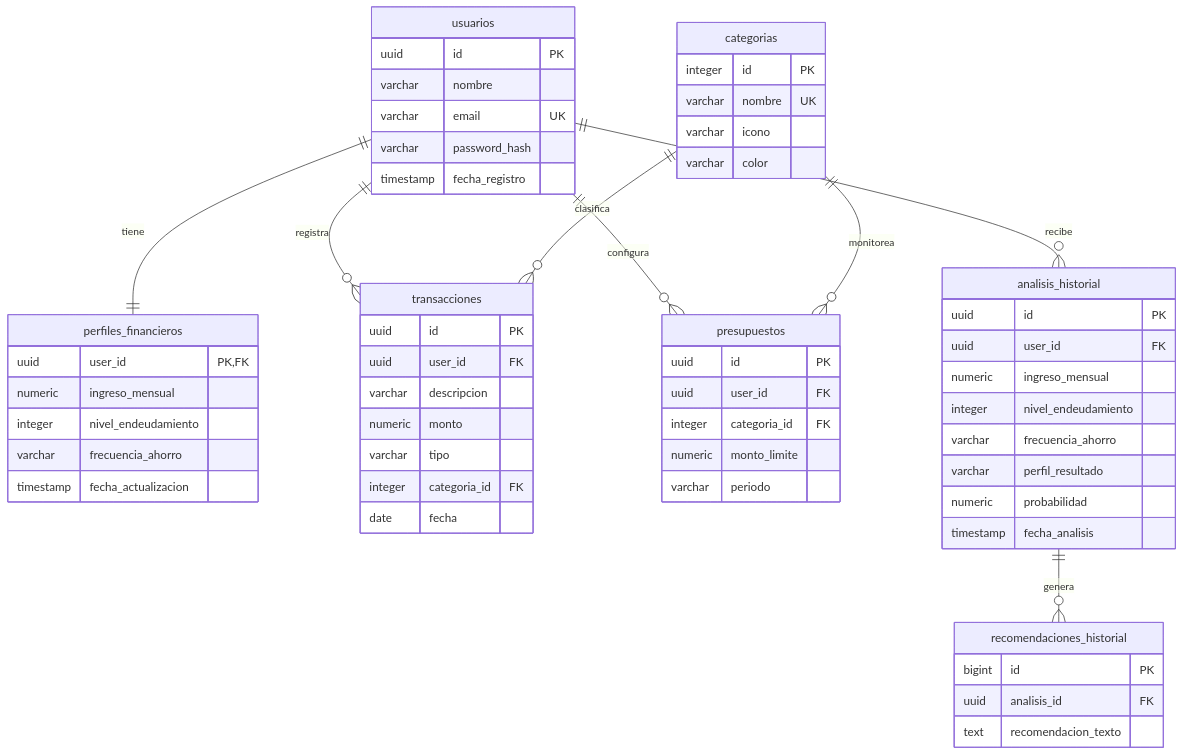
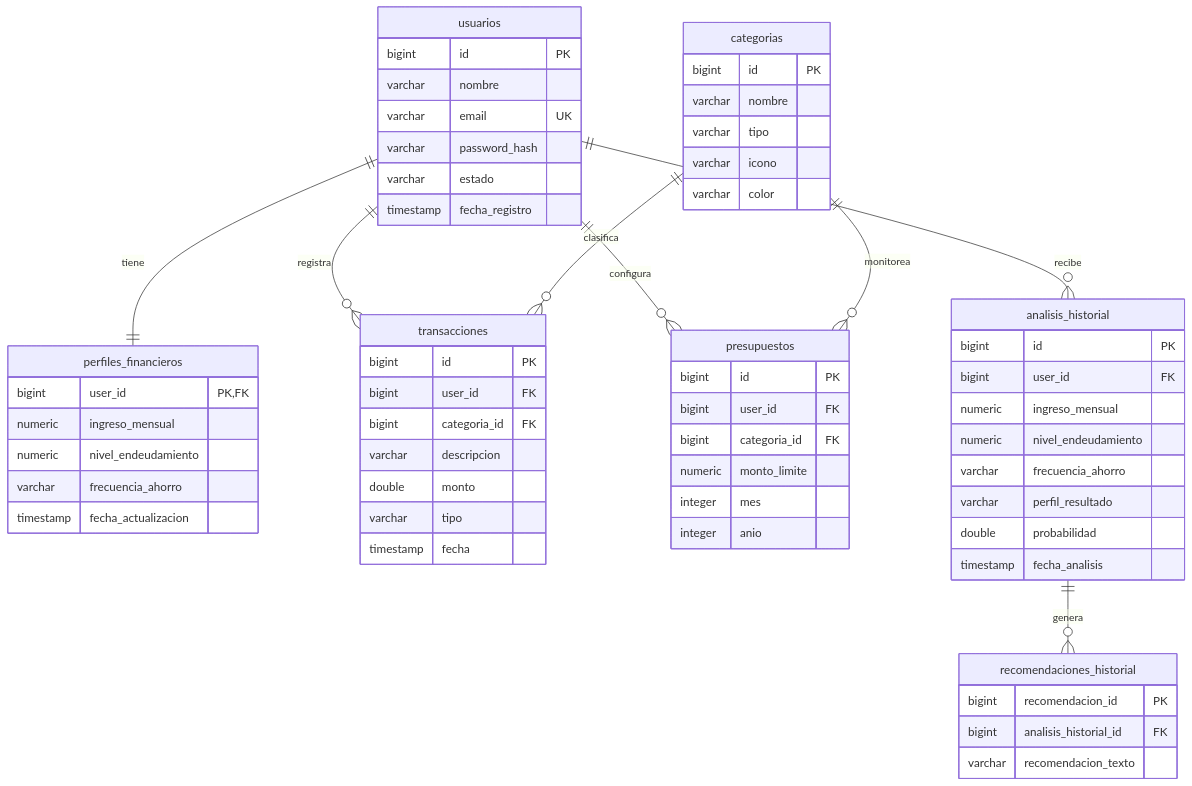
The diagram in documentacion/BD/README.md (No-Country-simulation/g9-latam-team-05), drawn with Mermaid before and after one commit. The commit also changed other lines of this file and 14 other files, not shown here.

````diff
--- a/documentacion/BD/README.md
+++ b/documentacion/BD/README.md
@@ -104,68 +107,71 @@
 ```mermaid
 erDiagram
     usuarios ||--|| perfiles_financieros : "tiene"
     usuarios ||--o{ transacciones : "registra"
     usuarios ||--o{ presupuestos : "configura"
     usuarios ||--o{ analisis_historial : "recibe"
     categorias ||--o{ transacciones : "clasifica"
     categorias ||--o{ presupuestos : "monitorea"
     analisis_historial ||--o{ recomendaciones_historial : "genera"
 
     usuarios {
-        uuid id PK
+        bigint id PK
         varchar nombre
         varchar email UK
         varchar password_hash
+        varchar estado
         timestamp fecha_registro
     }
 
     perfiles_financieros {
-        uuid user_id PK, FK
+        bigint user_id PK, FK
         numeric ingreso_mensual
-        integer nivel_endeudamiento
+        numeric nivel_endeudamiento
         varchar frecuencia_ahorro
         timestamp fecha_actualizacion
     }
 
     categorias {
-        integer id PK
-        varchar nombre UK
+        bigint id PK
+        varchar nombre
+        varchar tipo
         varchar icono
         varchar color
     }
 
     presupuestos {
-        uuid id PK
-        uuid user_id FK
-        integer categoria_id FK
+        bigint id PK
+        bigint user_id FK
+        bigint categoria_id FK
         numeric monto_limite
-        varchar periodo
+        integer mes
+        integer anio
     }
 
     transacciones {
-        uuid id PK
-        uuid user_id FK
+        bigint id PK
+        bigint user_id FK
+        bigint categoria_id FK
         varchar descripcion
-        numeric monto
+        double monto
         varchar tipo
-        integer categoria_id FK
-        date fecha
+        timestamp fecha
     }
 
     analisis_historial {
-        uuid id PK
-        uuid user_id FK
+        bigint id PK
+        bigint user_id FK
         numeric ingreso_mensual
-        integer nivel_endeudamiento
+        numeric nivel_endeudamiento
         varchar frecuencia_ahorro
         varchar perfil_resultado
-        numeric probabilidad
+        double probabilidad
         timestamp fecha_analisis
     }
 
     recomendaciones_historial {
-        bigint id PK
-        uuid analisis_id FK
-        text recomendacion_texto
+        bigint recomendacion_id PK
+        bigint analisis_historial_id FK
+        varchar recomendacion_texto
     }
 ```
````
